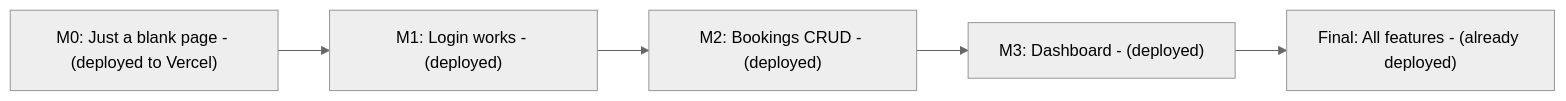
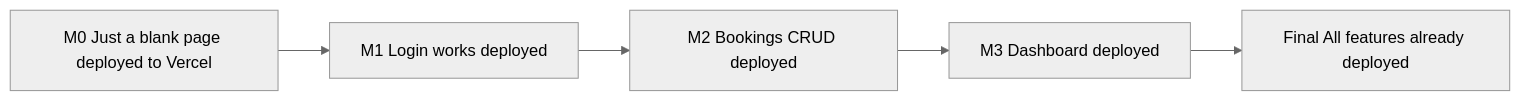
Before and after one commit to wongjinar-ai/expample: the fifth of 8 diagrams in learning/09-fullstack-best-practices.md, drawn with Mermaid (neutral theme). The commit also changed other lines of this file and 5 other files, not shown here.

````diff
--- a/learning/09-fullstack-best-practices.md
+++ b/learning/09-fullstack-best-practices.md
@@ -216,10 +216,10 @@
 ```mermaid
 flowchart LR
-    M0["M0: Just a blank page - (deployed to Vercel)"]
-    M1["M1: Login works - (deployed)"]
-    M2["M2: Bookings CRUD - (deployed)"]
-    M3["M3: Dashboard - (deployed)"]
-    Final["Final: All features - (already deployed)"]
+    M0[M0 Just a blank page deployed to Vercel]
+    M1[M1 Login works deployed]
+    M2[M2 Bookings CRUD deployed]
+    M3[M3 Dashboard deployed]
+    Final[Final All features already deployed]
 
     M0 --> M1 --> M2 --> M3 --> Final
 ```
````
